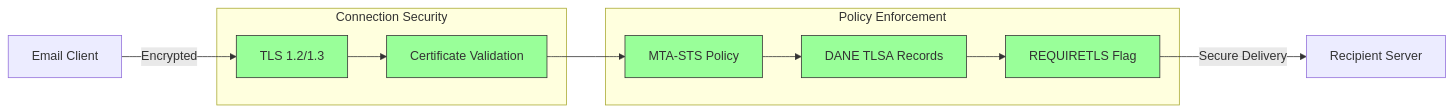
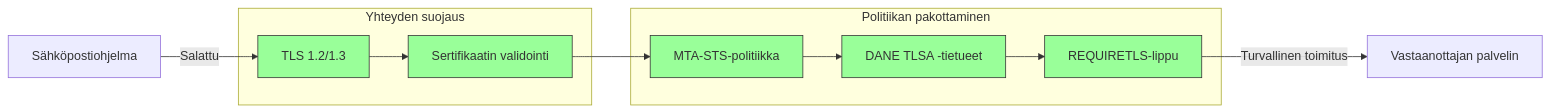
The sixth of 16 diagrams in app/views/docs/email-protocols-rfc-compliance-imap-smtp-pop3-comparison/index-fi.md (forwardemail/forwardemail.net), drawn with Mermaid before and after one commit. The commit also changed other lines of this file and 1055 other files, not shown here.

````diff
--- a/app/views/docs/email-protocols-rfc-compliance-imap-smtp-pop3-comparison/index-fi.md
+++ b/app/views/docs/email-protocols-rfc-compliance-imap-smtp-pop3-comparison/index-fi.md
@@ -781,26 +778,26 @@
 ```mermaid
 graph LR
-    subgraph "Connection Security"
+    subgraph "Yhteyden suojaus"
         TLS[TLS 1.2/1.3]
-        CERT[Certificate Validation]
+        CERT[Sertifikaatin validointi]
     end
 
-    subgraph "Policy Enforcement"
-        MTASTS[MTA-STS Policy]
-        DANE[DANE TLSA Records]
-        REQTLS[REQUIRETLS Flag]
+    subgraph "Politiikan pakottaminen"
+        MTASTS[MTA-STS-politiikka]
+        DANE[DANE TLSA -tietueet]
+        REQTLS[REQUIRETLS-lippu]
     end
 
-    Client[Email Client] -->|Encrypted| TLS
+    Client[Sähköpostiohjelma] -->|Salattu| TLS
     TLS --> CERT
     CERT --> MTASTS
     MTASTS --> DANE
     DANE --> REQTLS
-    REQTLS -->|Secure Delivery| Server[Recipient Server]
+    REQTLS -->|Turvallinen toimitus| Server[Vastaanottajan palvelin]
 
     style TLS fill:#9f9,stroke:#333
     style CERT fill:#9f9,stroke:#333
     style MTASTS fill:#9f9,stroke:#333
     style DANE fill:#9f9,stroke:#333
     style REQTLS fill:#9f9,stroke:#333
 ```
````
